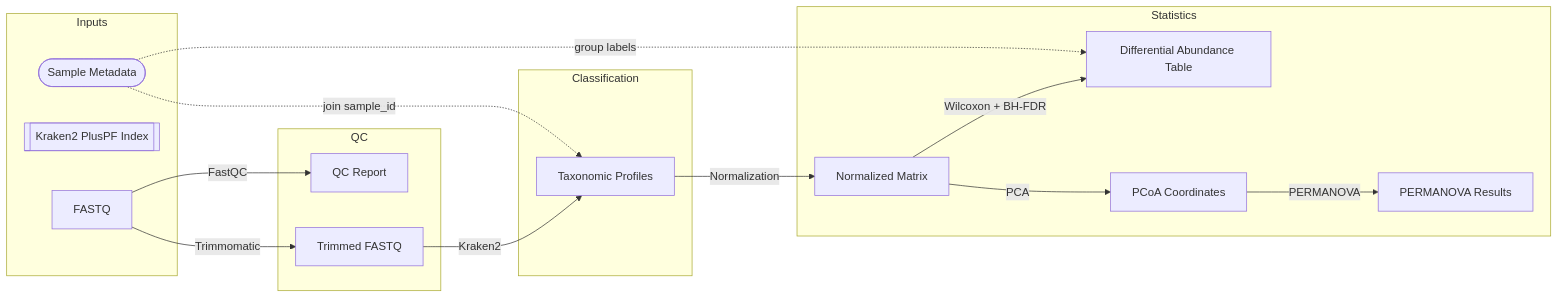
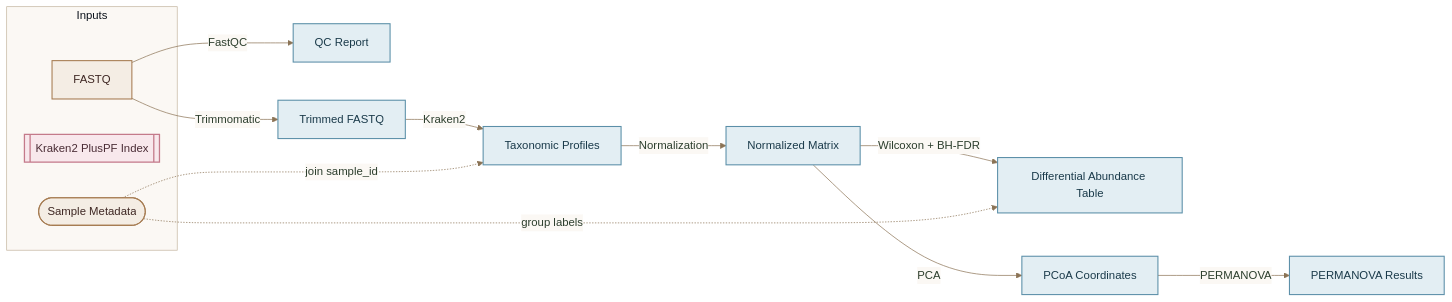
One commit to Sirius-Back/Giga_Mario changed the first of 4 diagrams in .cursor/skills/visualize-architecture/mermaid-template.md. Above: the diagram before and after it, drawn with Mermaid. The commit also changed other lines of this file and 10 other files, not shown here.

Commit message:
Refresh wiki and README architecture / pipeline docs.

````diff
--- a/.cursor/skills/visualize-architecture/mermaid-template.md
+++ b/.cursor/skills/visualize-architecture/mermaid-template.md
@@ -5,29 +19,28 @@
 ```mermaid
+%%{init: {'theme':'base','themeVariables':{'primaryColor':'#E8F0E6','primaryTextColor':'#2C3E2D','primaryBorderColor':'#6B8F71','lineColor':'#8B7355','secondaryColor':'#E3EEF3','tertiaryColor':'#F4EDE4','clusterBkg':'#FBF8F4','clusterBorder':'#C4B5A0','edgeLabelBackground':'#FBF8F4','fontFamily':'ui-sans-serif, system-ui, sans-serif'}}}%%
 flowchart LR
     subgraph Inputs
         META([Sample Metadata])
         REF[[Kraken2 PlusPF Index]]
         FQ[FASTQ]
     end
 
-    subgraph QC
-        FQ -->|FastQC| QC_RPT[QC Report]
-        FQ -->|Trimmomatic| TRIM[Trimmed FASTQ]
-    end
-
-    subgraph Classification
-        TRIM -->|Kraken2| TAX[Taxonomic Profiles]
-    end
-
-    subgraph Statistics
-        TAX -->|Normalization| NORM[Normalized Matrix]
-        NORM -->|Wilcoxon + BH-FDR| DE[Differential Abundance Table]
-        NORM -->|PCA| PCO[PCoA Coordinates]
-        PCO -->|PERMANOVA| PERM[PERMANOVA Results]
-    end
-
+    FQ -->|FastQC| QC_RPT[QC Report]
+    FQ -->|Trimmomatic| TRIM[Trimmed FASTQ]
+    TRIM -->|Kraken2| TAX[Taxonomic Profiles]
+    TAX -->|Normalization| NORM[Normalized Matrix]
+    NORM -->|Wilcoxon + BH-FDR| DE[Differential Abundance Table]
+    NORM -->|PCA| PCO[PCoA Coordinates]
+    PCO -->|PERMANOVA| PERM[PERMANOVA Results]
     META -.->|join sample_id| TAX
     META -.->|group labels| DE
 
+    classDef earth fill:#F4EDE4,stroke:#A67C52,stroke-width:1.5px,color:#3E2723
+    classDef ocean fill:#E3EEF3,stroke:#5B8FA8,stroke-width:1.5px,color:#1A3A4A
+    classDef liposome fill:#F8E8EC,stroke:#C47A8A,stroke-width:1.8px,color:#4A2C35
     classDef inferred stroke-dasharray: 5 5
+
+    class FQ,META earth
+    class QC_RPT,TRIM,TAX,NORM,DE,PCO,PERM ocean
+    class REF liposome
 ```
````
